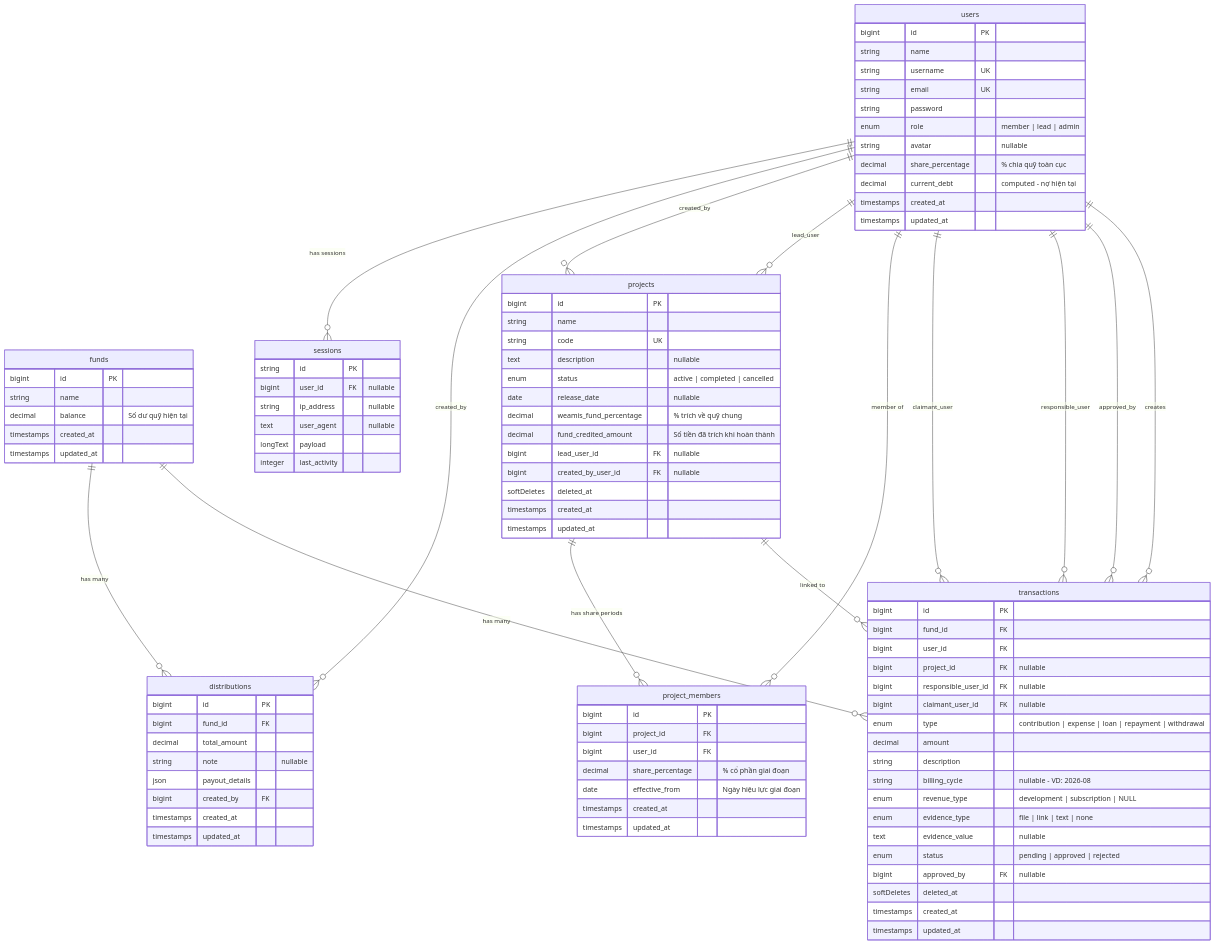
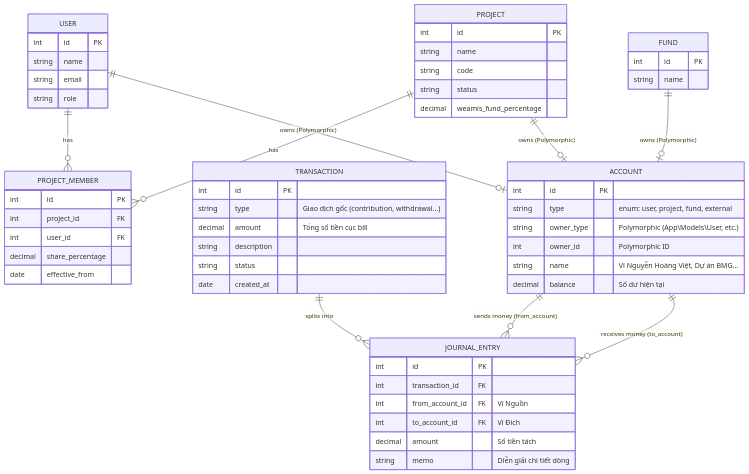
The diagram in erd_diagram.md (nducan04/weamis-money), drawn with Mermaid before and after one commit. The commit also changed other lines of this file and 15 other files, not shown here.

Commit message:
feat: implement double-entry system, project transaction split logic, and update Lịch Sử GD UI

````diff
--- a/erd_diagram.md
+++ b/erd_diagram.md
@@ -5,109 +5,71 @@
 ```mermaid
 erDiagram
-    users {
-        bigint id PK
+    %% Core Entities (Factors)
+    USER {
+        int id PK
         string name
-        string username UK
-        string email UK
-        string password
-        enum role "member | lead | admin"
-        string avatar "nullable"
-        decimal share_percentage "% chia quỹ toàn cục"
-        decimal current_debt "computed - nợ hiện tại"
-        timestamps created_at
-        timestamps updated_at
+        string email
+        string role
+    }
+    
+    PROJECT {
+        int id PK
+        string name
+        string code
+        string status
+        decimal weamis_fund_percentage
+    }
+    
+    FUND {
+        int id PK
+        string name
     }
 
-    funds {
-        bigint id PK
-        string name
-        decimal balance "Số dư quỹ hiện tại"
-        timestamps created_at
-        timestamps updated_at
+    PROJECT_MEMBER {
+        int id PK
+        int project_id FK
+        int user_id FK
+        decimal share_percentage
+        date effective_from
     }
 
-    transactions {
-        bigint id PK
-        bigint fund_id FK
-        bigint user_id FK
-        bigint project_id FK "nullable"
-        bigint responsible_user_id FK "nullable"
-        bigint claimant_user_id FK "nullable"
-        enum type "contribution | expense | loan | repayment | withdrawal"
-        decimal amount
-        string description
-        string billing_cycle "nullable - VD: 2026-08"
-        enum revenue_type "development | subscription | NULL"
-        enum evidence_type "file | link | text | none"
-        text evidence_value "nullable"
-        enum status "pending | approved | rejected"
-        bigint approved_by FK "nullable"
-        softDeletes deleted_at
-        timestamps created_at
-        timestamps updated_at
+    %% Double-Entry Accounting Core
+    ACCOUNT {
+        int id PK
+        string type "enum: user, project, fund, external"
+        string owner_type "Polymorphic (App\\Models\\User, etc.)"
+        int owner_id "Polymorphic ID"
+        string name "Ví Nguyễn Hoàng Việt, Dự án BMG..."
+        decimal balance "Số dư hiện tại"
     }
 
-    projects {
-        bigint id PK
-        string name
-        string code UK
-        text description "nullable"
-        enum status "active | completed | cancelled"
-        date release_date "nullable"
-        decimal weamis_fund_percentage "% trích về quỹ chung"
-        decimal fund_credited_amount "Số tiền đã trích khi hoàn thành"
-        bigint lead_user_id FK "nullable"
-        bigint created_by_user_id FK "nullable"
-        softDeletes deleted_at
-        timestamps created_at
-        timestamps updated_at
+    TRANSACTION {
+        int id PK
+        string type "Giao dịch gốc (contribution, withdrawal...)"
+        decimal amount "Tổng số tiền cục bill"
+        string description
+        string status
+        date created_at
     }
 
-    project_members {
-        bigint id PK
-        bigint project_id FK
-        bigint user_id FK
-        decimal share_percentage "% cổ phần giai đoạn"
-        date effective_from "Ngày hiệu lực giai đoạn"
-        timestamps created_at
-        timestamps updated_at
+    JOURNAL_ENTRY {
+        int id PK
+        int transaction_id FK
+        int from_account_id FK "Ví Nguồn"
+        int to_account_id FK "Ví Đích"
+        decimal amount "Số tiền tách"
+        string memo "Diễn giải chi tiết dòng"
     }
 
-    distributions {
-        bigint id PK
-        bigint fund_id FK
-        decimal total_amount
-        string note "nullable"
-        json payout_details
-        bigint created_by FK
-        timestamps created_at
-        timestamps updated_at
-    }
+    %% Relationships
+    USER ||--o{ PROJECT_MEMBER : "has"
+    PROJECT ||--o{ PROJECT_MEMBER : "has"
+    
+    USER ||--o| ACCOUNT : "owns (Polymorphic)"
+    PROJECT ||--o| ACCOUNT : "owns (Polymorphic)"
+    FUND ||--o| ACCOUNT : "owns (Polymorphic)"
 
-    sessions {
-        string id PK
-        bigint user_id FK "nullable"
-        string ip_address "nullable"
-        text user_agent "nullable"
-        longText payload
-        integer last_activity
-    }
-
-    funds ||--o{ transactions : "has many"
-    users ||--o{ transactions : "creates"
-    projects ||--o{ transactions : "linked to"
-    users ||--o{ transactions : "approved_by"
-    users ||--o{ transactions : "responsible_user"
-    users ||--o{ transactions : "claimant_user"
-
-    projects ||--o{ project_members : "has share periods"
-    users ||--o{ project_members : "member of"
-
-    users ||--o{ projects : "lead_user"
-    users ||--o{ projects : "created_by"
-
-    funds ||--o{ distributions : "has many"
-    users ||--o{ distributions : "created_by"
-
-    users ||--o{ sessions : "has sessions"
+    TRANSACTION ||--o{ JOURNAL_ENTRY : "splits into"
+    ACCOUNT ||--o{ JOURNAL_ENTRY : "sends money (from_account)"
+    ACCOUNT ||--o{ JOURNAL_ENTRY : "receives money (to_account)"
 ```
````
